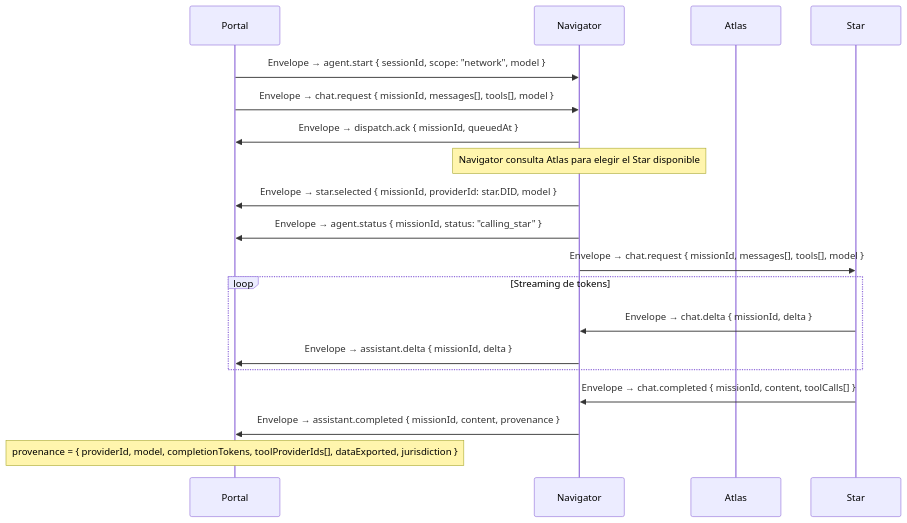
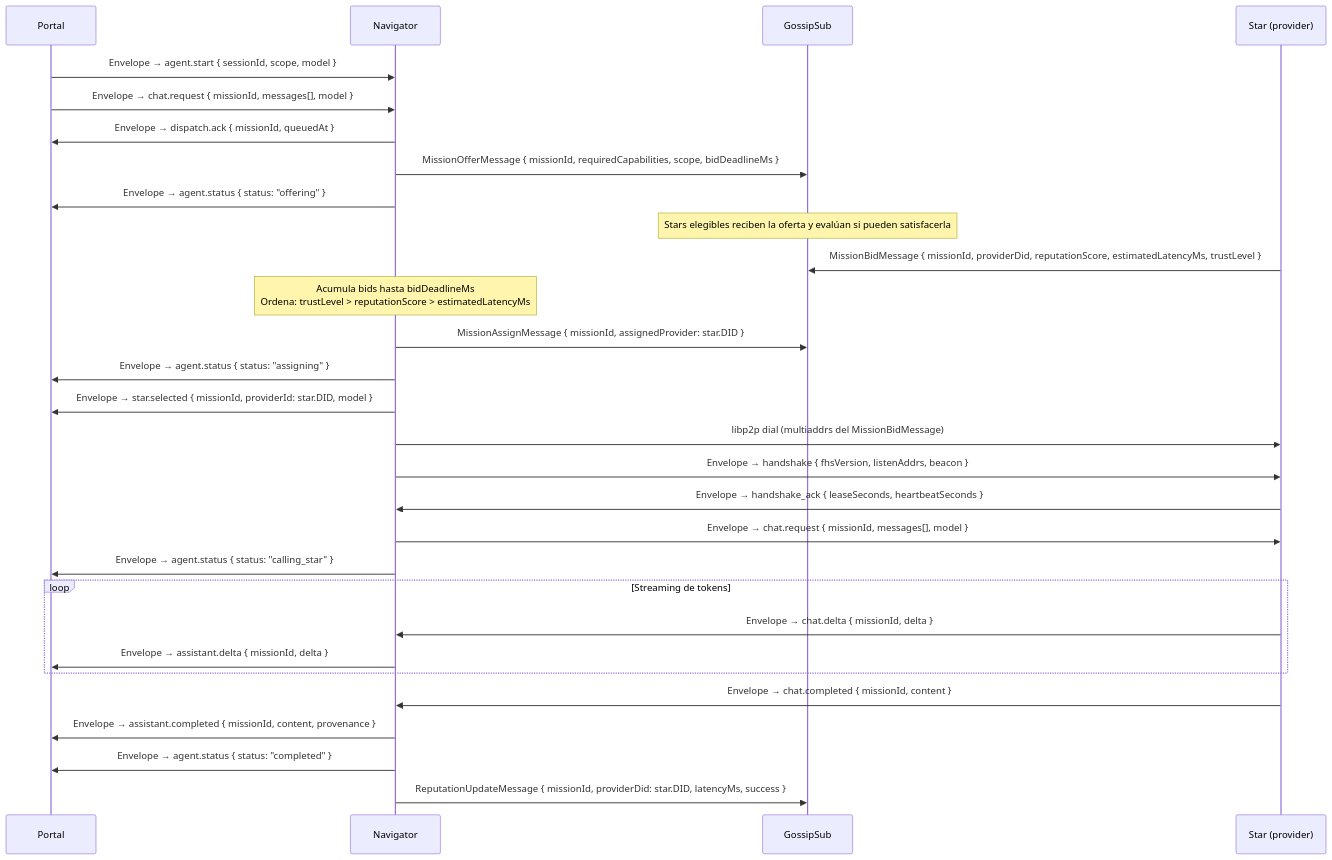
The second of 5 diagrams in idl/flows.md (rafex/galaxIA), drawn with Mermaid before and after one commit. The commit also changed other lines of this file and 3 other files, not shown here.

````diff
--- a/idl/flows.md
+++ b/idl/flows.md
@@ -44,27 +43,41 @@
 ```mermaid
 sequenceDiagram
   participant Po as Portal
   participant N as Navigator
-  participant A as Atlas
-  participant S as Star
+  participant G as GossipSub
+  participant S as Star (provider)
 
-  Po->>N: Envelope → agent.start { sessionId, scope: "network", model }
-  Po->>N: Envelope → chat.request { missionId, messages[], tools[], model }
+  Po->>N: Envelope → agent.start { sessionId, scope, model }
+  Po->>N: Envelope → chat.request { missionId, messages[], model }
 
   N->>Po: Envelope → dispatch.ack { missionId, queuedAt }
-  note over N: Navigator consulta Atlas para elegir el Star disponible
 
+  N->>G: MissionOfferMessage { missionId, requiredCapabilities, scope, bidDeadlineMs }
+  N->>Po: Envelope → agent.status { status: "offering" }
+
+  note over G: Stars elegibles reciben la oferta y evalúan si pueden satisfacerla
+  S->>G: MissionBidMessage { missionId, providerDid, reputationScore, estimatedLatencyMs, trustLevel }
+  note over N: Acumula bids hasta bidDeadlineMs<br/>Ordena: trustLevel > reputationScore > estimatedLatencyMs
+
+  N->>G: MissionAssignMessage { missionId, assignedProvider: star.DID }
+  N->>Po: Envelope → agent.status { status: "assigning" }
   N->>Po: Envelope → star.selected { missionId, providerId: star.DID, model }
-  N->>Po: Envelope → agent.status { missionId, status: "calling_star" }
 
-  N->>S: Envelope → chat.request { missionId, messages[], tools[], model }
+  N->>S: libp2p dial (multiaddrs del MissionBidMessage)
+  N->>S: Envelope → handshake { fhsVersion, listenAddrs, beacon }
+  S->>N: Envelope → handshake_ack { leaseSeconds, heartbeatSeconds }
+
+  N->>S: Envelope → chat.request { missionId, messages[], model }
+  N->>Po: Envelope → agent.status { status: "calling_star" }
 
   loop Streaming de tokens
     S->>N: Envelope → chat.delta { missionId, delta }
     N->>Po: Envelope → assistant.delta { missionId, delta }
   end
 
-  S->>N: Envelope → chat.completed { missionId, content, toolCalls[] }
+  S->>N: Envelope → chat.completed { missionId, content }
   N->>Po: Envelope → assistant.completed { missionId, content, provenance }
-  note over Po: provenance = { providerId, model, completionTokens, toolProviderIds[], dataExported, jurisdiction }
+  N->>Po: Envelope → agent.status { status: "completed" }
+
+  N->>G: ReputationUpdateMessage { missionId, providerDid: star.DID, latencyMs, success }
 ```
````
